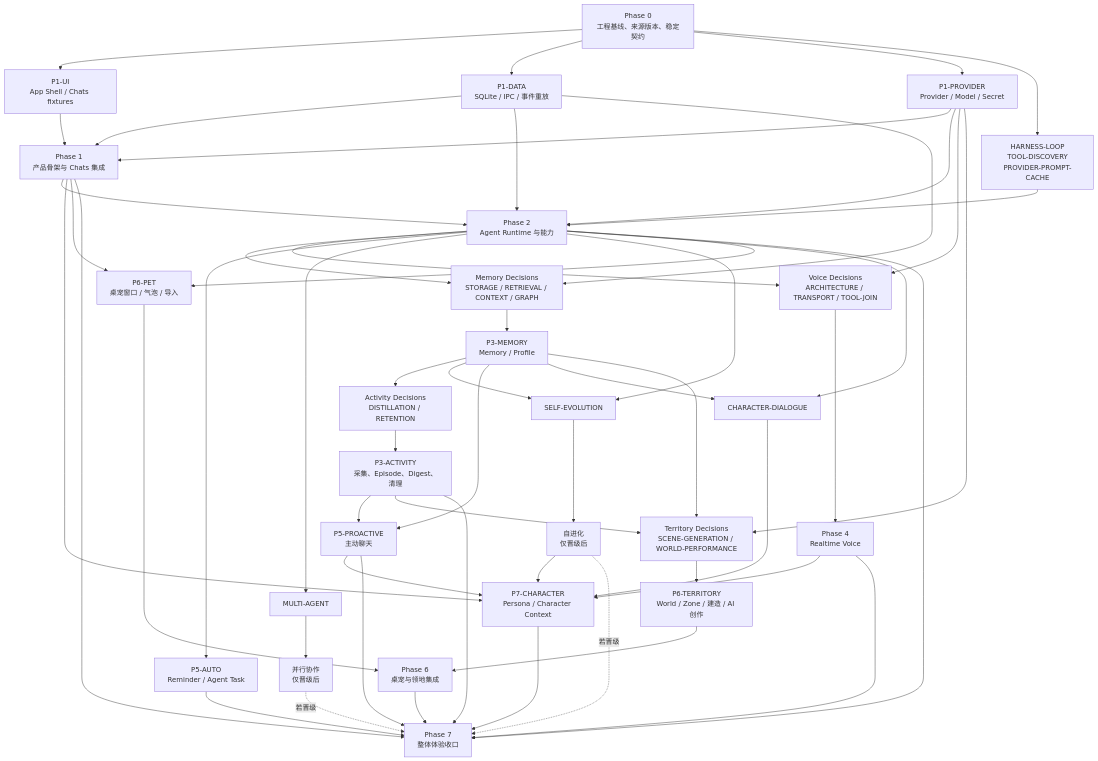
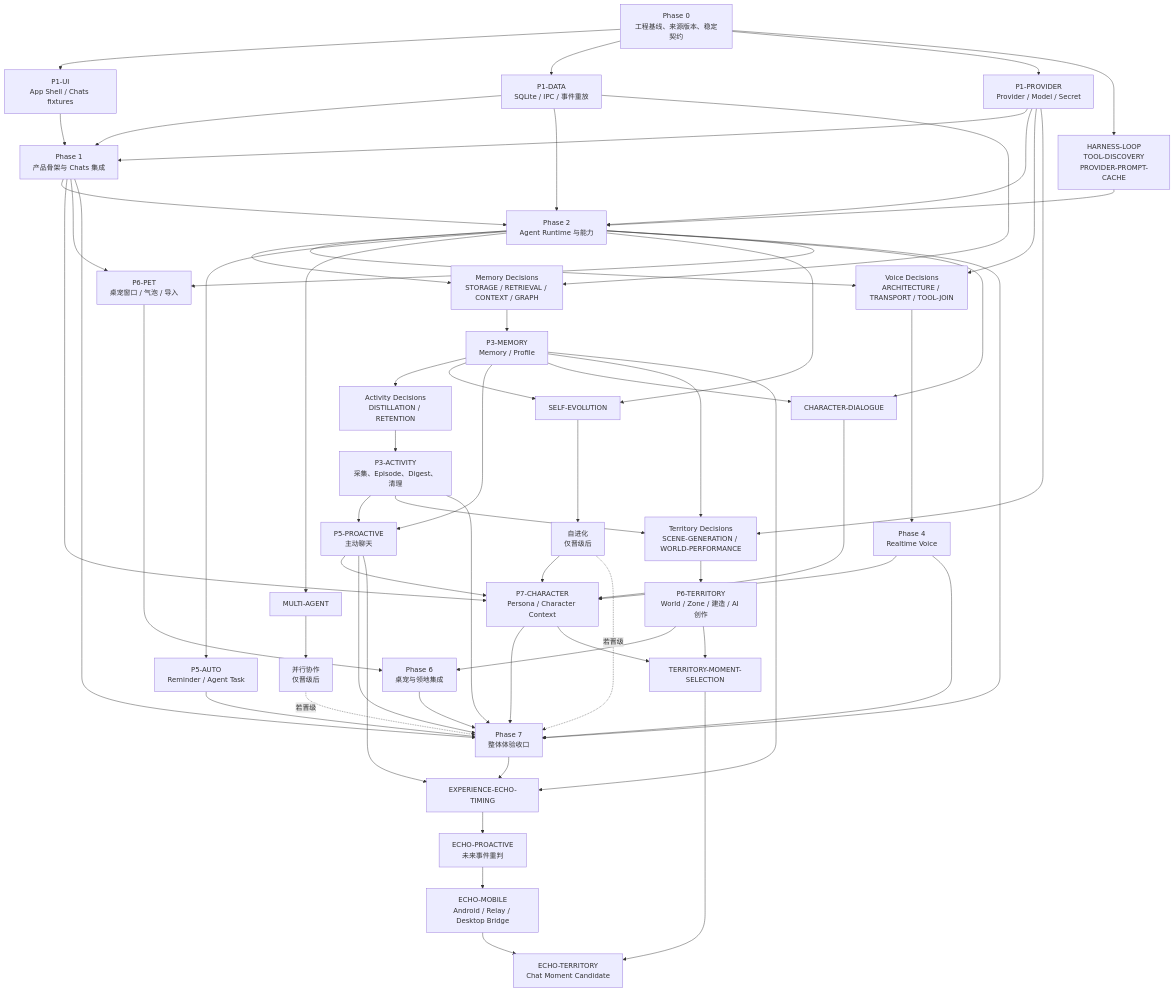
Before and after one commit to MicroYui/chara-mate: the diagram in docs/progress/ROADMAP.md, drawn with Mermaid. The commit also changed other lines of this file and 49 other files, not shown here.

````diff
--- a/docs/progress/ROADMAP.md
+++ b/docs/progress/ROADMAP.md
@@ -65,6 +65,11 @@
     TERR["P6-TERRITORY<br/>World / Zone / 建造 / AI 创作"]
     P6["Phase 6<br/>桌宠与领地集成"]
     P7["Phase 7<br/>整体体验收口"]
+    EET["EXPERIENCE-ECHO-TIMING"]
+    TMS["TERRITORY-MOMENT-SELECTION"]
+    ECHO["ECHO-PROACTIVE<br/>未来事件重判"]
+    MOBILE["ECHO-MOBILE<br/>Android / Relay / Desktop Bridge"]
+    MOMENT["ECHO-TERRITORY<br/>Chat Moment Candidate"]
 
     P0 --> UI
     P0 --> DB
@@ -125,4 +130,14 @@
     SE -.->|若晋级| P7
     P6 --> P7
     CHAR --> P7
+
+    P7 --> EET
+    MEM --> EET
+    PRO --> EET
+    EET --> ECHO
+    ECHO --> MOBILE
+    TERR --> TMS
+    CHAR --> TMS
+    TMS --> MOMENT
+    MOBILE --> MOMENT
 ```
````
